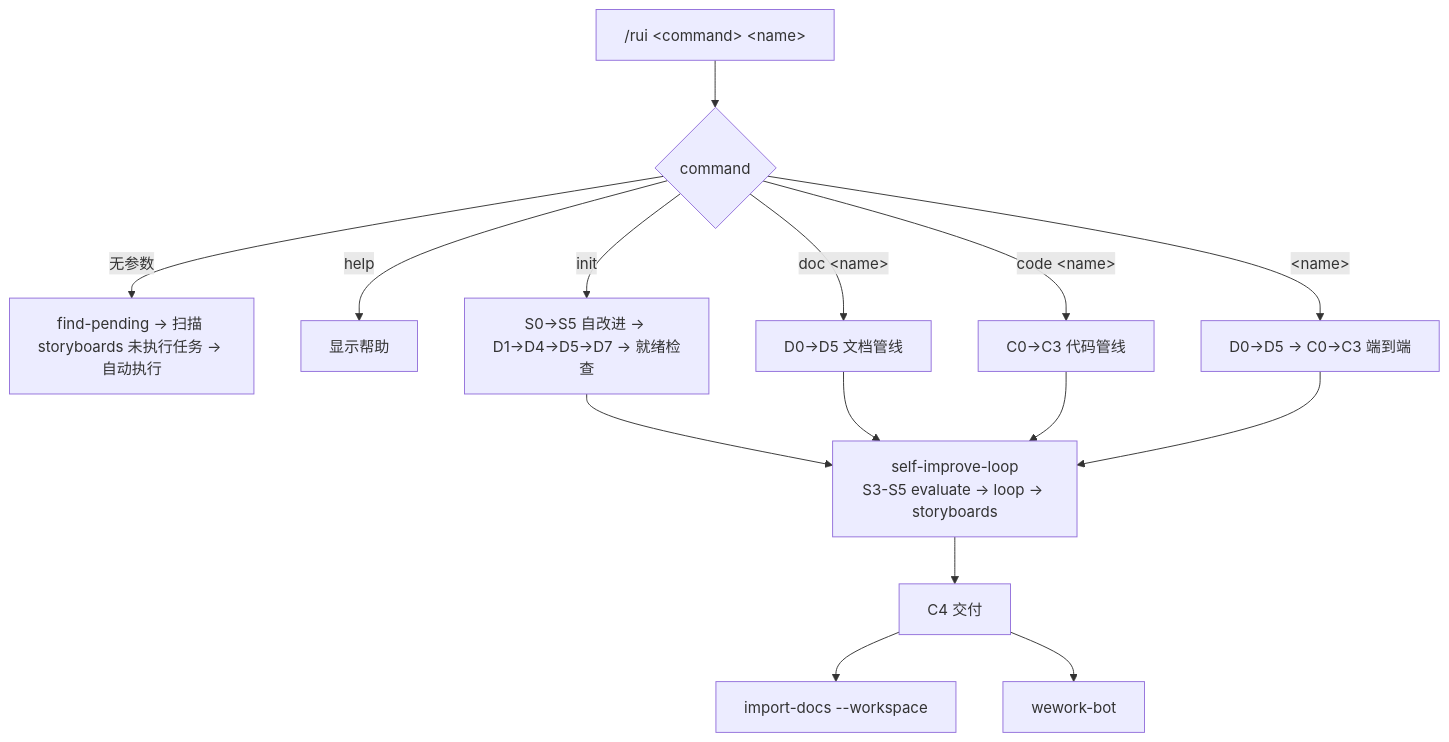
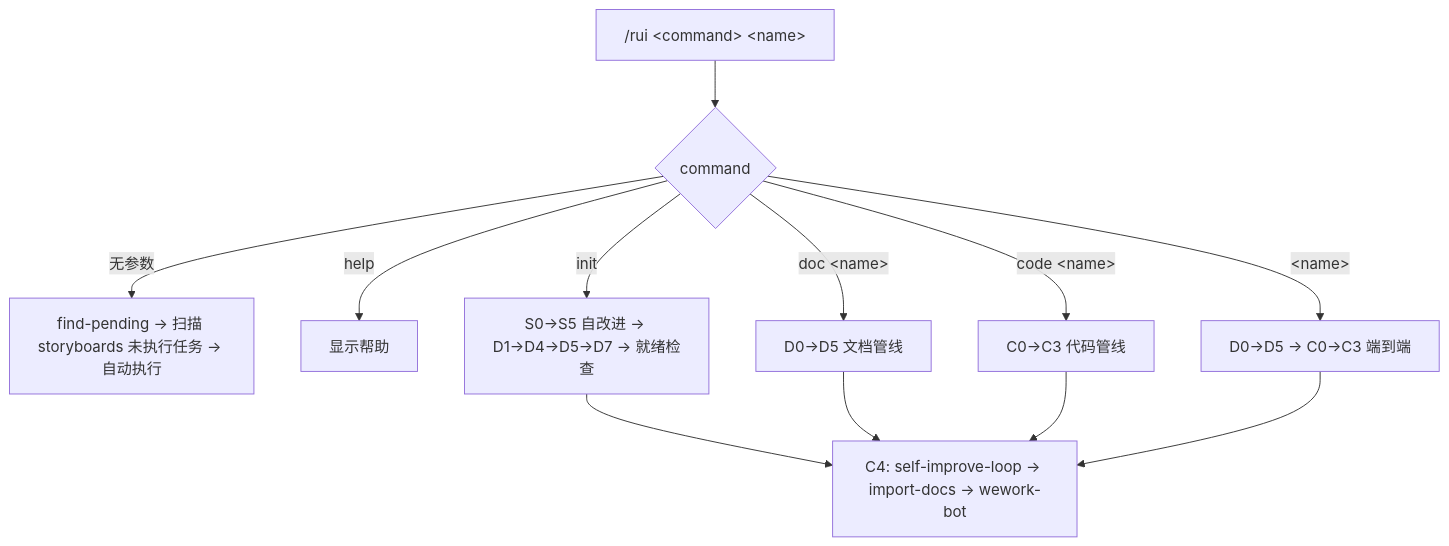
Before and after one commit to effiy/YrY: the first of 3 diagrams in skills/rui/SKILL.md, drawn with Mermaid. The commit also changed other lines of this file and 4 other files, not shown here.

````diff
--- a/skills/rui/SKILL.md
+++ b/skills/rui/SKILL.md
@@ -14,19 +14,15 @@
 ```mermaid
 flowchart TD
     USER["/rui &lt;command&gt; &lt;name&gt;"] --> ROUTE{command}
     ROUTE -->|无参数| FIND["find-pending → 扫描 storyboards 未执行任务 → 自动执行"]
     ROUTE -->|help| HELP["显示帮助"]
     ROUTE -->|init| INIT["S0→S5 自改进 → D1→D4→D5→D7 → 就绪检查"]
     ROUTE -->|doc &lt;name&gt;| DOC["D0→D5 文档管线"]
     ROUTE -->|code &lt;name&gt;| CODE["C0→C3 代码管线"]
     ROUTE -->|&lt;name&gt;| FULL["D0→D5 → C0→C3 端到端"]
 
-    INIT --> LP["self-improve-loop<br/>S3-S5 evaluate → loop → storyboards"]
-    DOC --> LP
-    CODE --> LP
-    FULL --> LP
-
-    LP --> C4["C4 交付"]
-    C4 --> ID["import-docs --workspace"]
-    C4 --> WW["wework-bot"]
+    INIT --> C4["C4: self-improve-loop → import-docs → wework-bot"]
+    DOC --> C4
+    CODE --> C4
+    FULL --> C4
 ```
````
